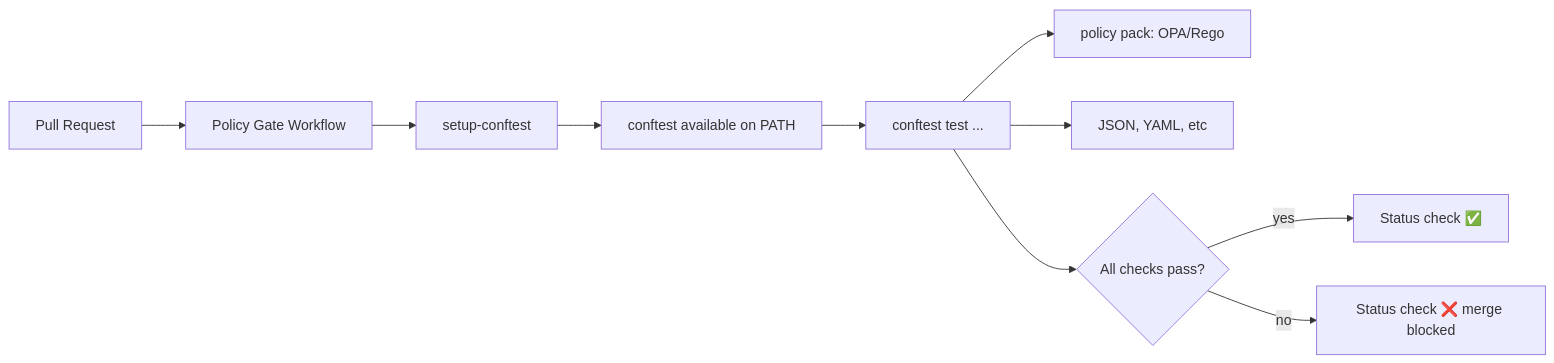
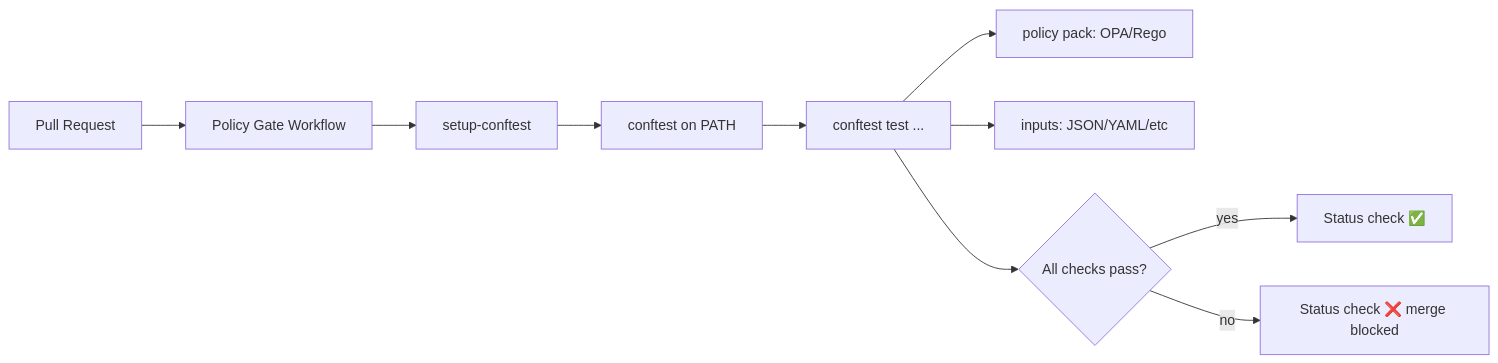
One commit to bartytime4life/Kansas-Frontier-Matrix changed the diagram in .github/actions/setup-conftest/README.md. Above: the diagram before and after it, drawn with Mermaid. The commit also changed other lines of this file, not shown here.

First line of the commit message:
Update README.md for setup-conftest action

````diff
--- a/.github/actions/setup-conftest/README.md
+++ b/.github/actions/setup-conftest/README.md
@@ -65,12 +85,12 @@
 ```mermaid
 flowchart LR
   PR[Pull Request] --> Gate[Policy Gate Workflow]
   Gate --> Setup[setup-conftest]
-  Setup --> Bin[conftest available on PATH]
+  Setup --> Bin[conftest on PATH]
   Bin --> Eval[conftest test ...]
   Eval --> Policies[policy pack: OPA/Rego]
-  Eval --> Artifacts[JSON, YAML, etc]
+  Eval --> Artifacts[inputs: JSON/YAML/etc]
   Eval --> Result{All checks pass?}
   Result -->|yes| Green[Status check ✅]
   Result -->|no| Red[Status check ❌ merge blocked]
 ```
````
